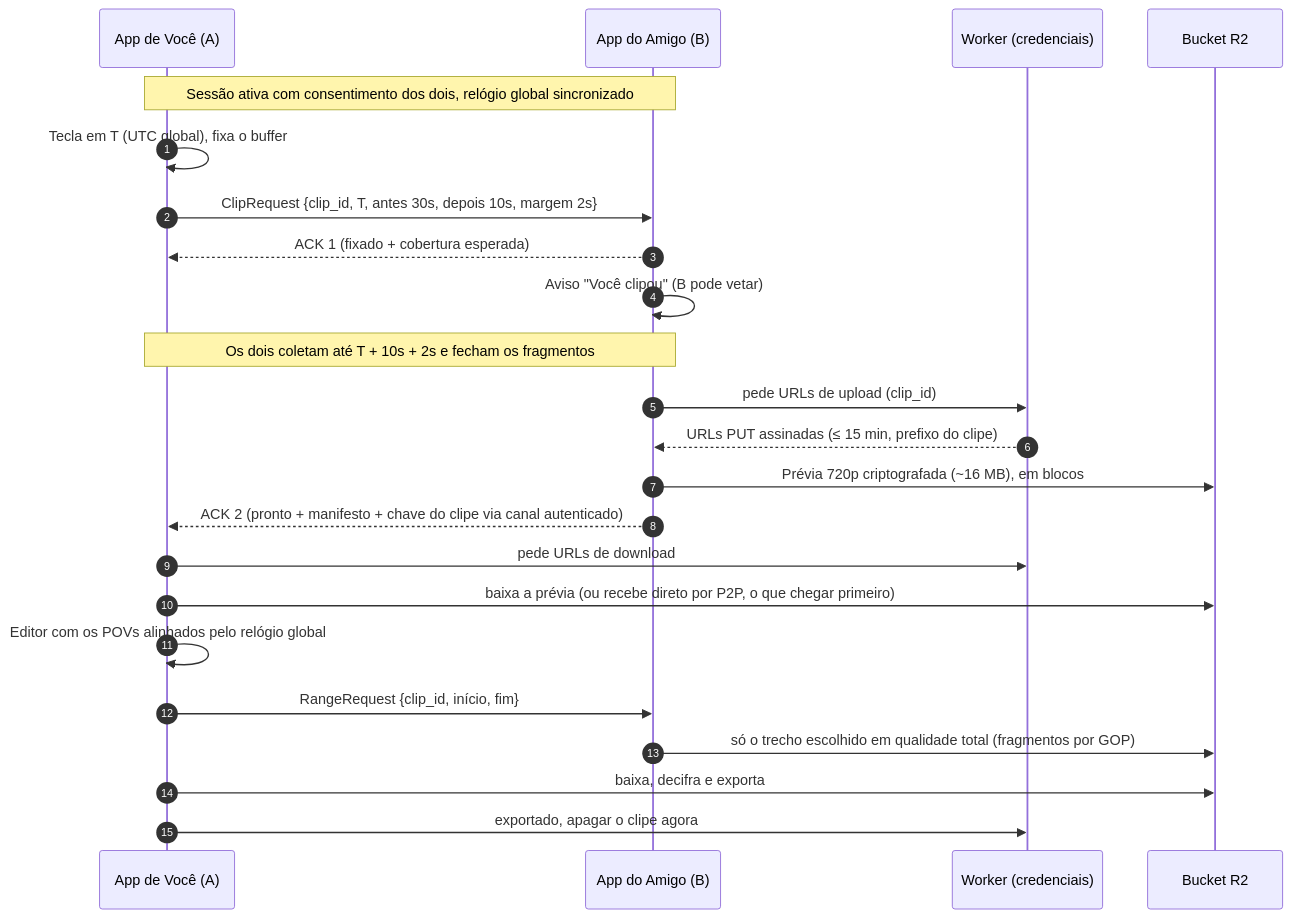
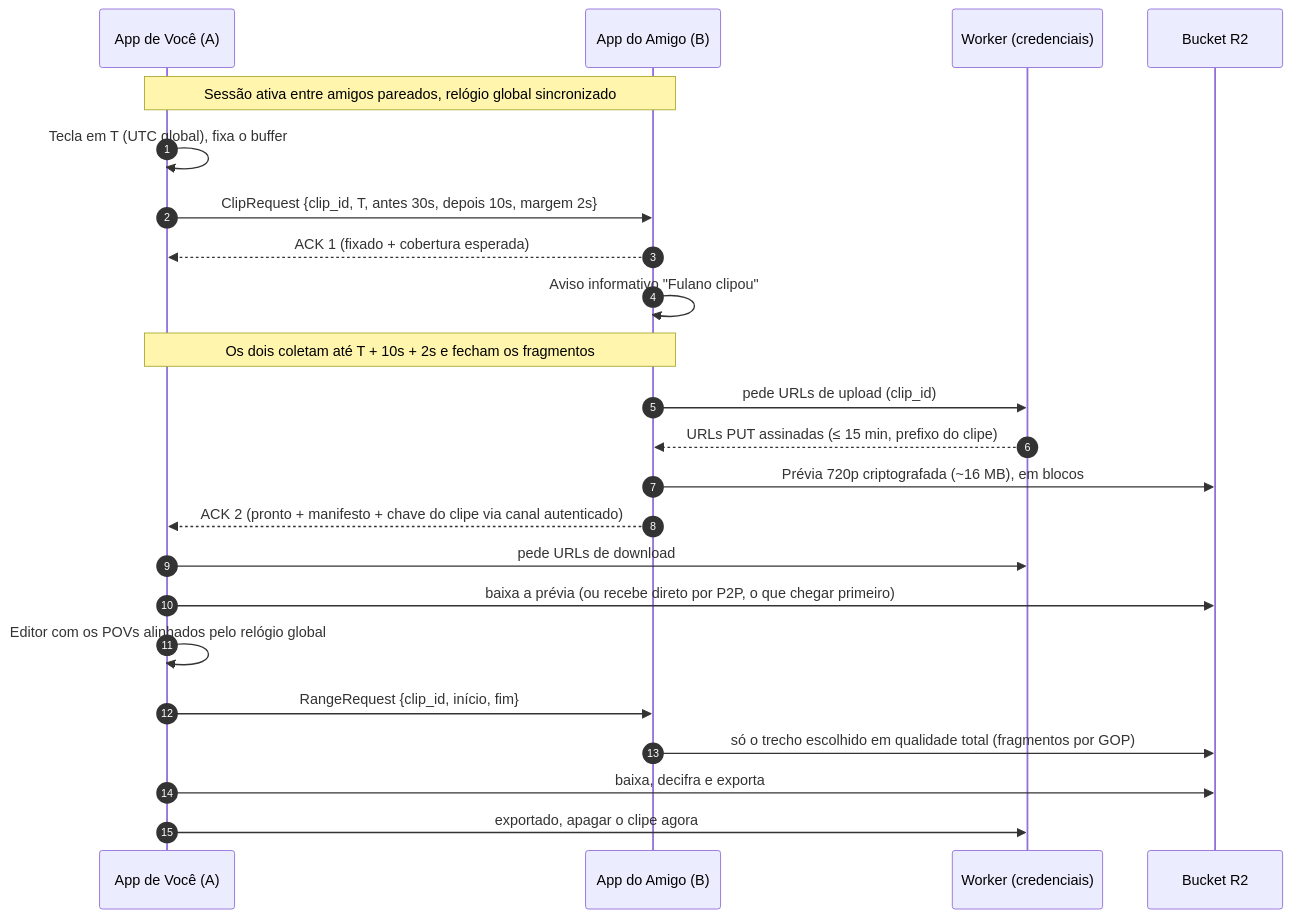
The fourth of 4 diagrams in docs/pesquisa-app-clipes-sincronizados.md (culturagrowth/code), drawn with Mermaid before and after one commit. The commit also changed other lines of this file, not shown here.

First line of the commit message:
docs: simplifica consentimento/jurídico (uso entre amigos) e confirma bucket na nuvem

````diff
--- a/docs/pesquisa-app-clipes-sincronizados.md
+++ b/docs/pesquisa-app-clipes-sincronizados.md
@@ -464,25 +464,25 @@
 ```mermaid
 sequenceDiagram
     autonumber
     participant A as App de Você (A)
     participant B as App do Amigo (B)
     participant W as Worker (credenciais)
     participant R as Bucket R2
-    Note over A,B: Sessão ativa com consentimento dos dois, relógio global sincronizado
+    Note over A,B: Sessão ativa entre amigos pareados, relógio global sincronizado
     A->>A: Tecla em T (UTC global), fixa o buffer
     A->>B: ClipRequest {clip_id, T, antes 30s, depois 10s, margem 2s}
     B-->>A: ACK 1 (fixado + cobertura esperada)
-    B->>B: Aviso "Você clipou" (B pode vetar)
+    B->>B: Aviso informativo "Fulano clipou"
     Note over A,B: Os dois coletam até T + 10s + 2s e fecham os fragmentos
     B->>W: pede URLs de upload (clip_id)
     W-->>B: URLs PUT assinadas (≤ 15 min, prefixo do clipe)
     B->>R: Prévia 720p criptografada (~16 MB), em blocos
     B-->>A: ACK 2 (pronto + manifesto + chave do clipe via canal autenticado)
     A->>W: pede URLs de download
     A->>R: baixa a prévia (ou recebe direto por P2P, o que chegar primeiro)
     A->>A: Editor com os POVs alinhados pelo relógio global
     A->>B: RangeRequest {clip_id, início, fim}
     B->>R: só o trecho escolhido em qualidade total (fragmentos por GOP)
     A->>R: baixa, decifra e exporta
     A->>W: exportado, apagar o clipe agora
 ```
````
